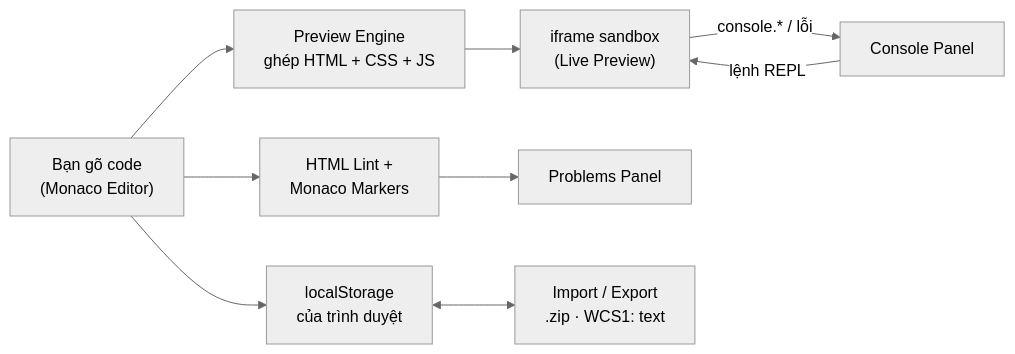
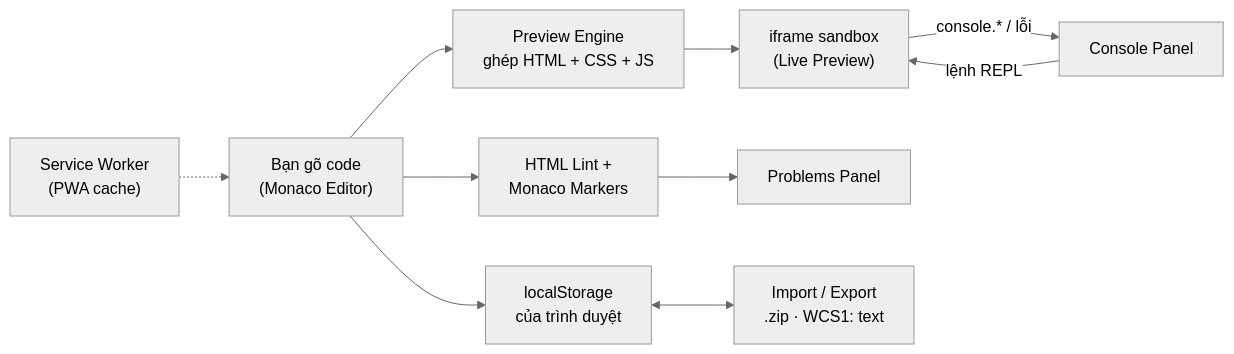
The diagram in README.md (nguyenprocode/WCS), drawn with Mermaid (neutral theme) before and after one commit. The commit also changed other lines of this file, not shown here.

````diff
--- a/README.md
+++ b/README.md
@@ -130,11 +131,12 @@
 ```mermaid
 flowchart LR
     A["Bạn gõ code<br/>(Monaco Editor)"] --> B["localStorage<br/>của trình duyệt"]
     A --> C["Preview Engine<br/>ghép HTML + CSS + JS"]
     C --> D["iframe sandbox<br/>(Live Preview)"]
     D -- "console.* / lỗi" --> E["Console Panel"]
     E -- "lệnh REPL" --> D
     A --> F["HTML Lint +<br/>Monaco Markers"]
     F --> G["Problems Panel"]
     B <--> H["Import / Export<br/>.zip · WCS1: text"]
+    I["Service Worker<br/>(PWA cache)"] -.-> A
 ```
````
